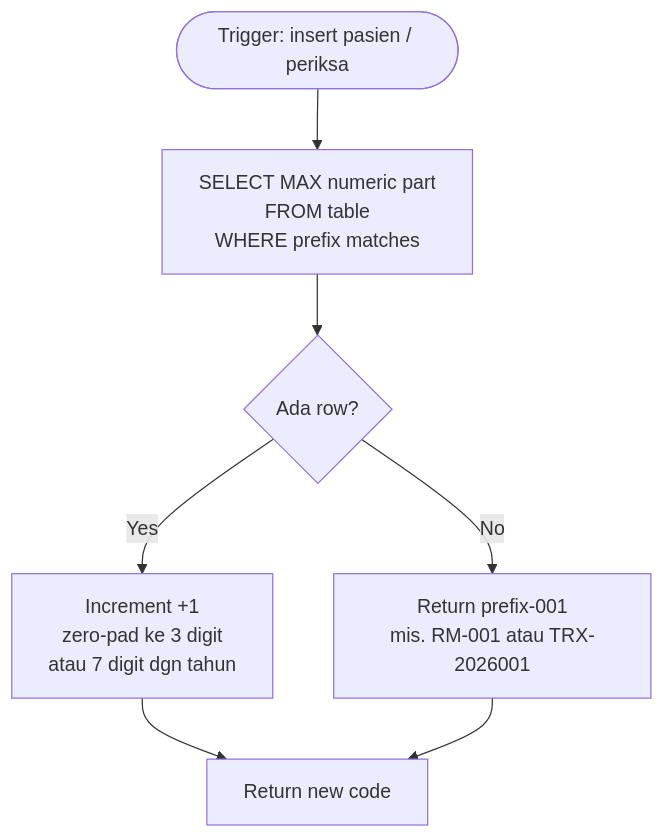
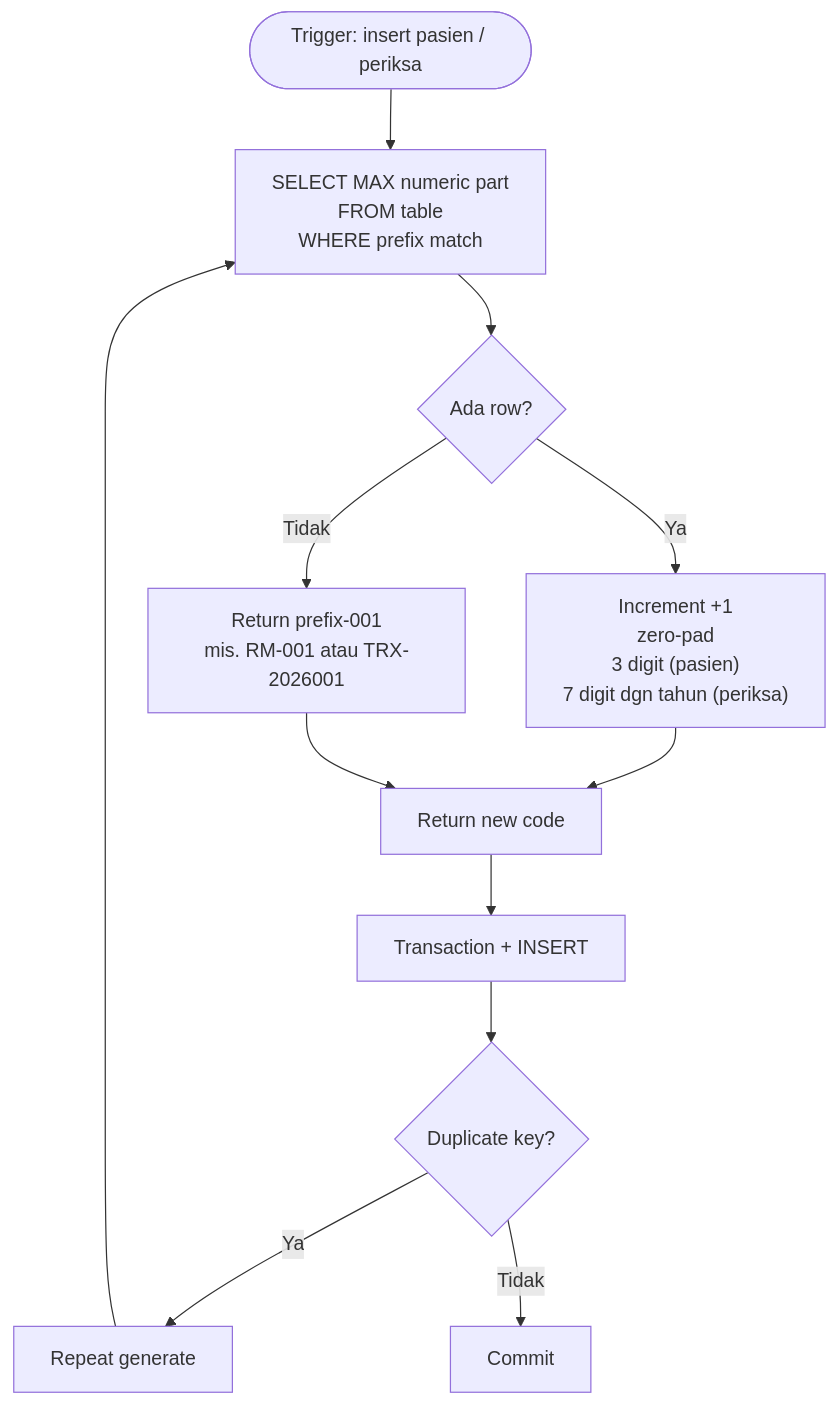
One commit to TudeOrangBiasa/silk-swarakarna-uas changed the ninth of 13 diagrams in docs/business-logic.md. Above: the diagram before and after it, drawn with Mermaid. The commit also changed other lines of this file and 2 other files, not shown here.

First line of the commit message:
docs: rewrite README + architecture + business-logic (Caveman + Humanizer)

````diff
--- a/docs/business-logic.md
+++ b/docs/business-logic.md
@@ -181,9 +229,14 @@
 ```mermaid
 flowchart TD
-    Trigger([Trigger: insert pasien / periksa]) --> Query["SELECT MAX numeric part<br/>FROM table<br/>WHERE prefix matches"]
+    Trigger([Trigger: insert pasien / periksa]) --> Query["SELECT MAX numeric part<br/>FROM table<br/>WHERE prefix match"]
     Query --> Check{Ada row?}
-    Check -->|No| First["Return prefix-001<br/>mis. RM-001 atau TRX-2026001"]
-    Check -->|Yes| Inc["Increment +1<br/>zero-pad ke 3 digit<br/>atau 7 digit dgn tahun"]
+    Check -->|Tidak| First["Return prefix-001<br/>mis. RM-001 atau TRX-2026001"]
+    Check -->|Ya| Inc["Increment +1<br/>zero-pad<br/>3 digit (pasien)<br/>7 digit dgn tahun (periksa)"]
     Inc --> Return[Return new code]
     First --> Return
+    Return --> Try[Transaction + INSERT]
+    Try --> Dup{Duplicate key?}
+    Dup -->|Ya| Retry[Repeat generate]
+    Retry --> Query
+    Dup -->|Tidak| Done[Commit]
 ```
````
